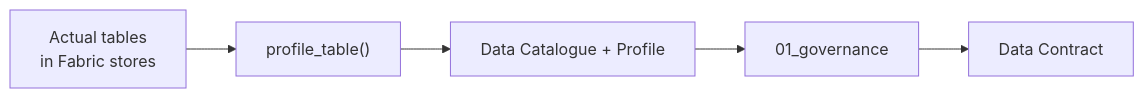
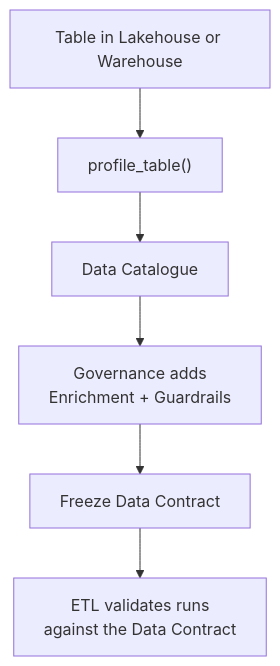
The third of 5 diagrams in docs/how-fabricops-works.md (Voycepeh/FabricOps-Starter-Kit), drawn with Mermaid before and after one commit. The commit also changed other lines of this file, not shown here.

Commit message:
Simplify governance handoff flow

````diff
--- a/docs/how-fabricops-works.md
+++ b/docs/how-fabricops-works.md
@@ -160,7 +158,8 @@
 ```mermaid
-flowchart LR
-    TABLES["Actual tables<br/>in Fabric stores"] --> PROFILE["profile_table()"]
-    PROFILE --> CATALOGUE["Data Catalogue + Profile"]
-    CATALOGUE --> GOV["01_governance"]
-    GOV --> CONTRACT["Data Contract"]
+flowchart TD
+    TABLE["Table in Lakehouse or Warehouse"] --> PROFILE["profile_table()"]
+    PROFILE --> CATALOGUE["Data Catalogue"]
+    CATALOGUE --> GOVERNANCE["Governance adds<br/>Enrichment + Guardrails"]
+    GOVERNANCE --> CONTRACT["Freeze Data Contract"]
+    CONTRACT --> ETL["ETL validates runs<br/>against the Data Contract"]
 ```
````
